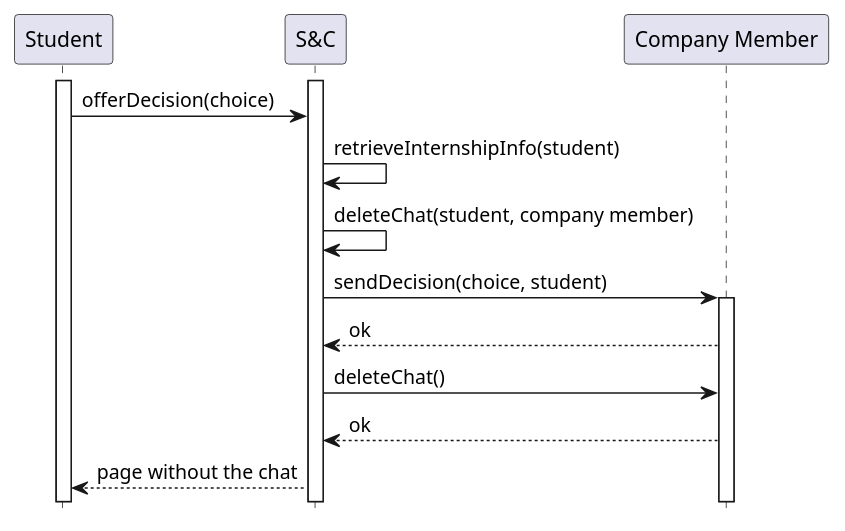
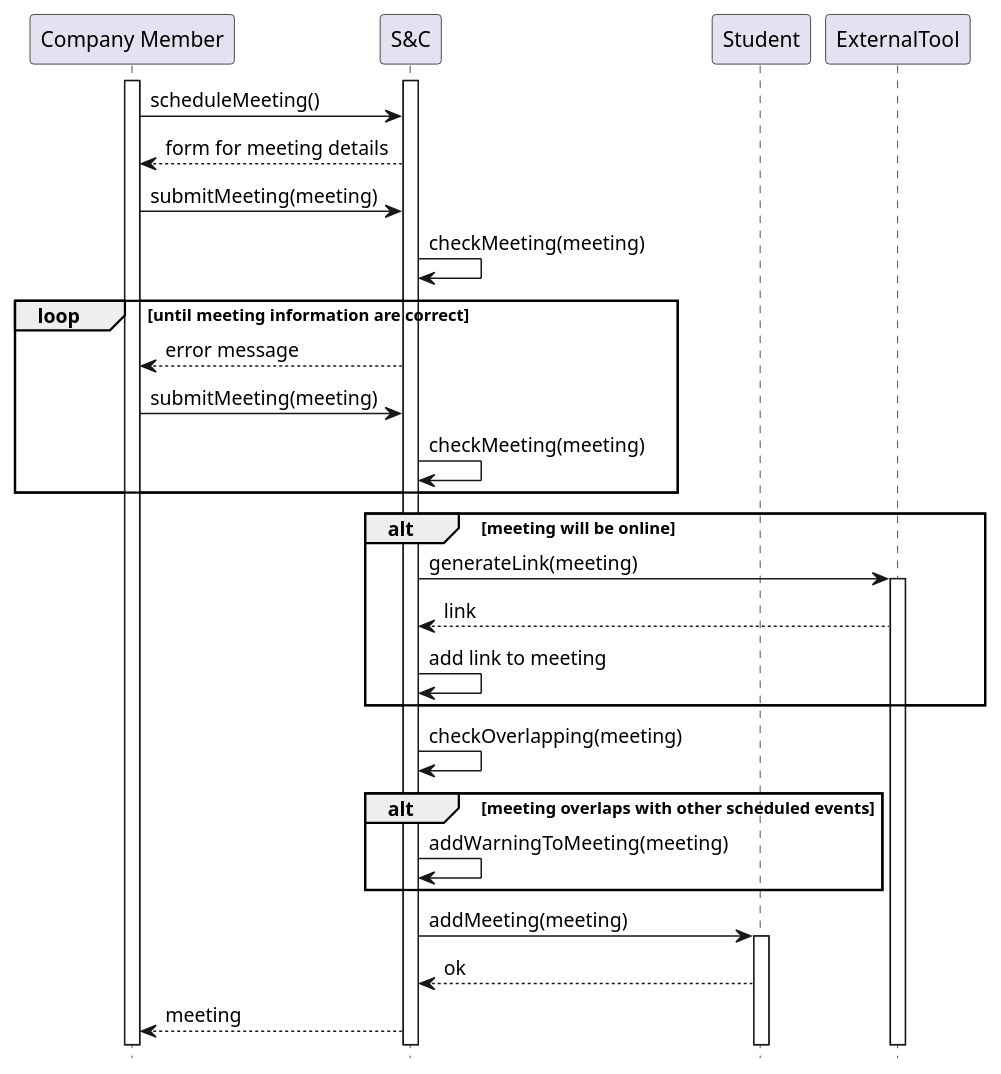
One commit to matti8702/R_and_DD_project_SE2 changed the diagram in RASD/Specific_requirements/uml_diagrams/UC20_diagram.puml. Above: the diagram before and after it, drawn with PlantUML. The commit also changed 32 other files, not shown here.

```diff
--- a/RASD/Specific_requirements/uml_diagrams/UC20_diagram.puml
+++ b/RASD/Specific_requirements/uml_diagrams/UC20_diagram.puml
@@ -1,20 +1,35 @@
 @startuml UC20_diagram
 hide footbox
 
+participant "Company Member" as CM
+participant "S&C" AS S
 participant "Student" as ST
-participant "S&C" AS S
-participant "Company Member" as CM
+participant "ExternalTool" as ET 
 
-activate ST
+activate CM
 activate S
 
-ST -> S: offerDecision(choice)
-S -> S : retrieveInternshipInfo(student)
-S -> S : deleteChat(student, company member)
-S  -> CM : sendDecision(choice, student)
-activate CM
-CM --> S : ok
-S -> CM : deleteChat()
-CM --> S : ok
-S --> ST : page without the chat
+CM -> S: scheduleMeeting()
+S --> CM: form for meeting details
+CM -> S : submitMeeting(meeting)
+S -> S : checkMeeting(meeting)
+loop until meeting information are correct
+    S --> CM: error message
+    CM -> S : submitMeeting(meeting)
+    S -> S : checkMeeting(meeting)
+end
+alt meeting will be online
+S -> ET : generateLink(meeting)
+activate ET
+ET --> S : link
+S -> S : add link to meeting
+end 
+S -> S : checkOverlapping(meeting)
+alt meeting overlaps with other scheduled events 
+S -> S : addWarningToMeeting(meeting)
+end
+S -> ST : addMeeting(meeting)
+activate ST
+ST --> S : ok
+S --> CM : meeting
 @enduml
```
